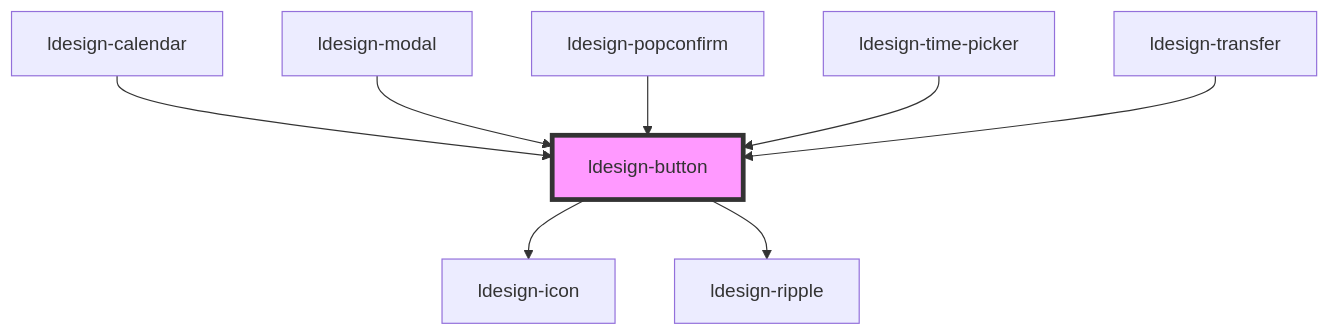
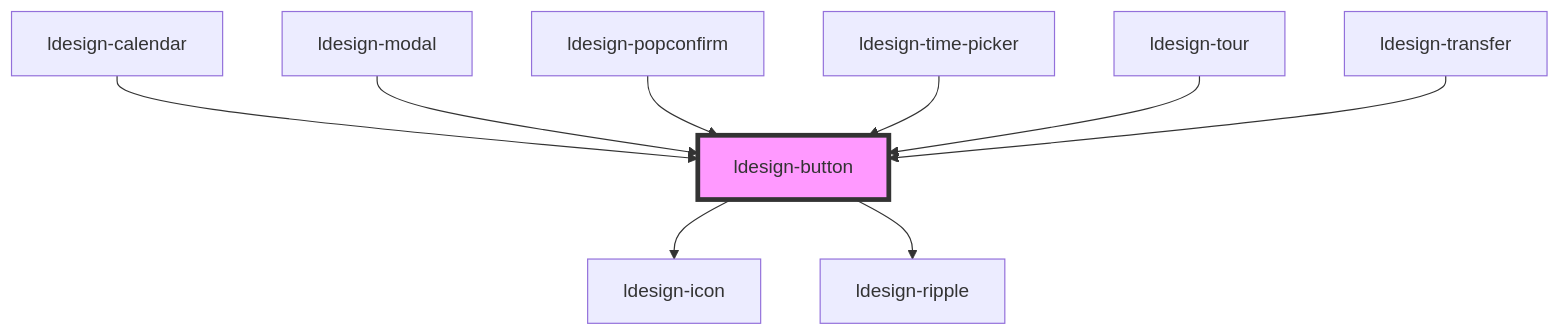
One commit to poly1603/ldesign-webcomponent changed the diagram in src/components/button/readme.md. Above: the diagram before and after it, drawn with Mermaid. The commit also changed other lines of this file and 222 other files, not shown here.

````diff
--- a/src/components/button/readme.md
+++ b/src/components/button/readme.md
@@ -182,11 +183,12 @@
 ```mermaid
 graph TD;
   ldesign-button --> ldesign-icon
   ldesign-button --> ldesign-ripple
   ldesign-calendar --> ldesign-button
   ldesign-modal --> ldesign-button
   ldesign-popconfirm --> ldesign-button
   ldesign-time-picker --> ldesign-button
+  ldesign-tour --> ldesign-button
   ldesign-transfer --> ldesign-button
   style ldesign-button fill:#f9f,stroke:#333,stroke-width:4px
 ```
````
